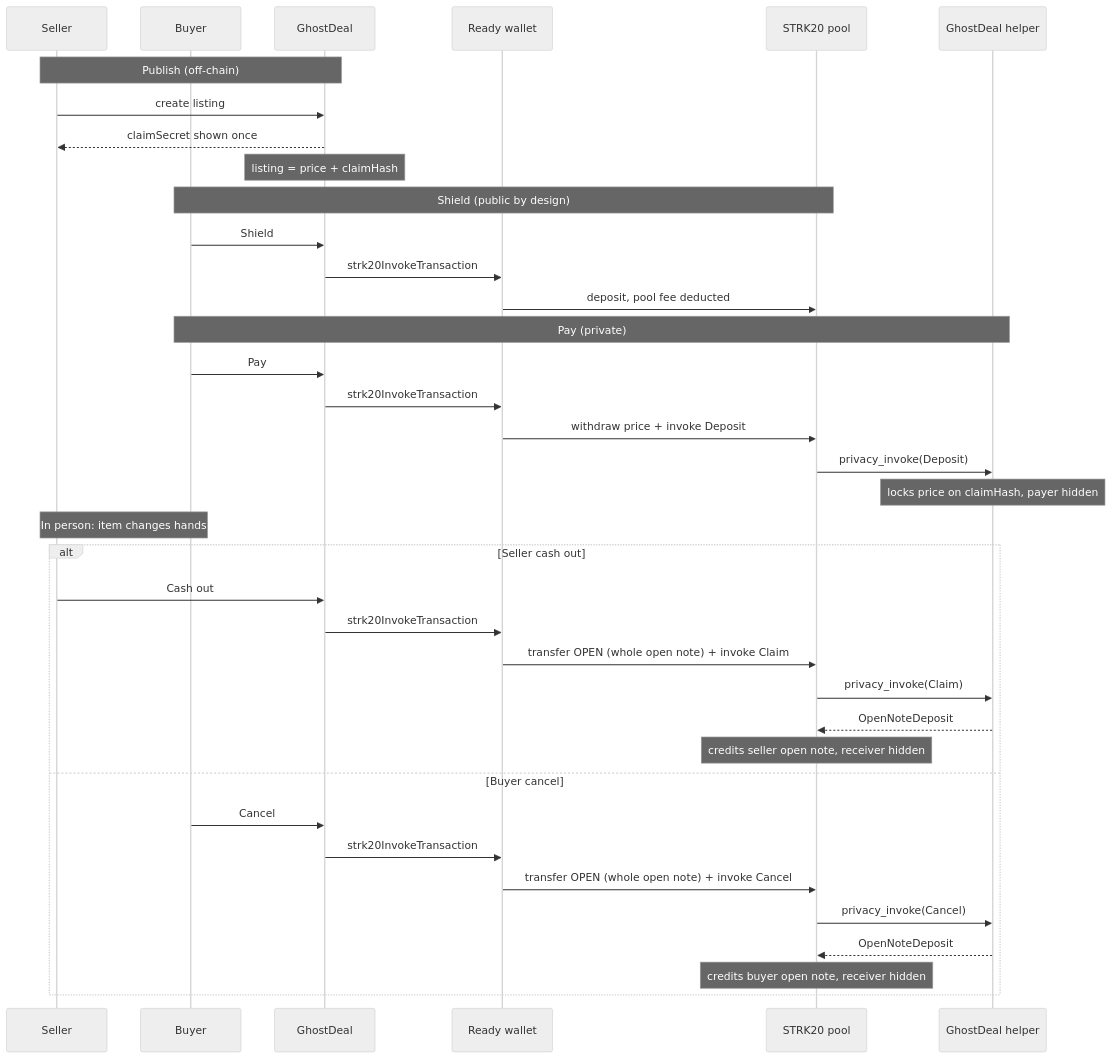
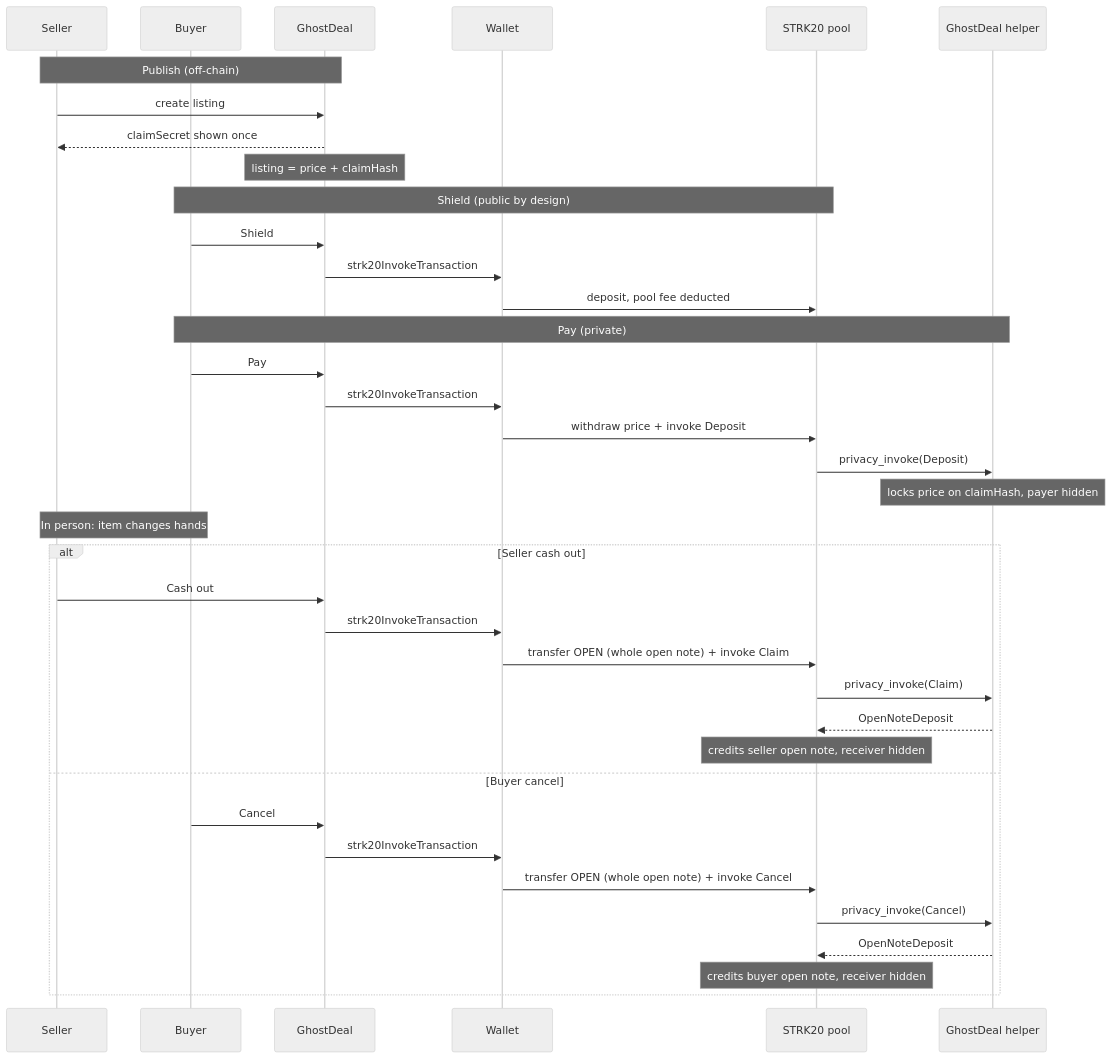
The first of 2 diagrams in docs/how-it-works.md (JaDi03/GhostDeal), drawn with Mermaid (neutral theme) before and after one commit. The commit also changed other lines of this file and 8 other files, not shown here.

Commit message:
docs: complete hackathon submission artifacts and visual flow (#27)

````diff
--- a/docs/how-it-works.md
+++ b/docs/how-it-works.md
@@ -58,44 +58,44 @@
 ```mermaid
 sequenceDiagram
   participant Seller
   participant Buyer
   participant App as GhostDeal
-  participant Wallet as Ready wallet
+  participant Wallet as Wallet
   participant Pool as STRK20 pool
   participant Escrow as GhostDeal helper
 
   Note over Seller,App: Publish (off-chain)
   Seller->>App: create listing
   App-->>Seller: claimSecret shown once
   Note over App: listing = price + claimHash
 
   Note over Buyer,Pool: Shield (public by design)
   Buyer->>App: Shield
   App->>Wallet: strk20InvokeTransaction
   Wallet->>Pool: deposit, pool fee deducted
 
   Note over Buyer,Escrow: Pay (private)
   Buyer->>App: Pay
   App->>Wallet: strk20InvokeTransaction
   Wallet->>Pool: withdraw price + invoke Deposit
   Pool->>Escrow: privacy_invoke(Deposit)
   Note over Escrow: locks price on claimHash, payer hidden
 
   Note over Seller,Buyer: In person: item changes hands
 
   alt Seller cash out
     Seller->>App: Cash out
     App->>Wallet: strk20InvokeTransaction
     Wallet->>Pool: transfer OPEN (whole open note) + invoke Claim
     Pool->>Escrow: privacy_invoke(Claim)
     Escrow-->>Pool: OpenNoteDeposit
     Note over Pool: credits seller open note, receiver hidden
   else Buyer cancel
     Buyer->>App: Cancel
     App->>Wallet: strk20InvokeTransaction
     Wallet->>Pool: transfer OPEN (whole open note) + invoke Cancel
     Pool->>Escrow: privacy_invoke(Cancel)
     Escrow-->>Pool: OpenNoteDeposit
     Note over Pool: credits buyer open note, receiver hidden
   end
 ```
````
